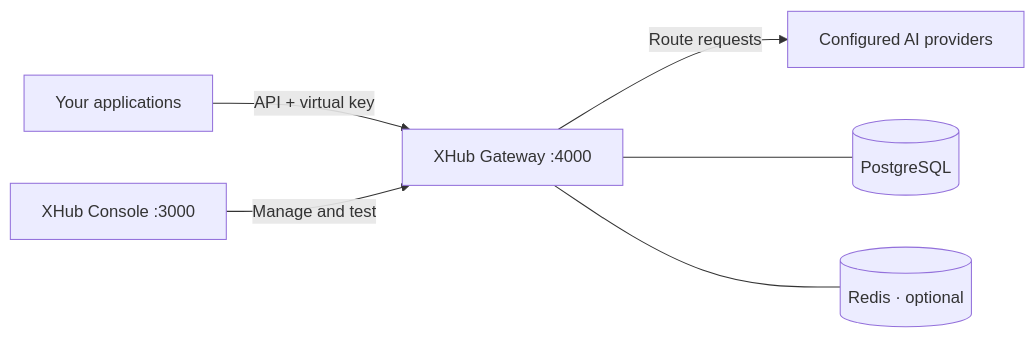
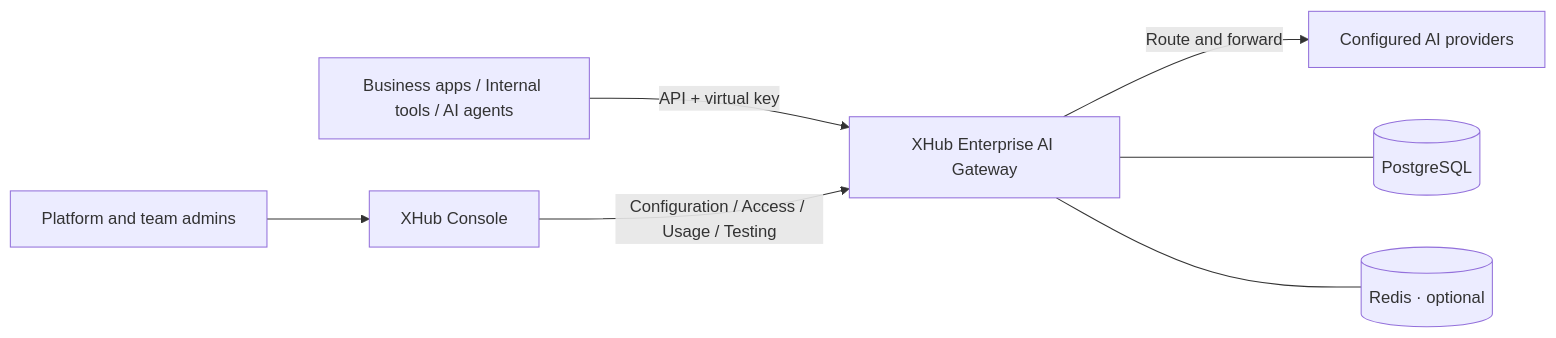
One commit to sunqirui1987/xhub changed the diagram in README.md. Above: the diagram before and after it, drawn with Mermaid. The commit also changed other lines of this file and 94 other files, not shown here.

````diff
--- a/README.md
+++ b/README.md
@@ -53,8 +115,9 @@
 ```mermaid
 flowchart LR
-    App[Your applications] -->|API + virtual key| Gateway[XHub Gateway :4000]
-    Console[XHub Console :3000] -->|Manage and test| Gateway
-    Gateway -->|Route requests| Providers[Configured AI providers]
+    Apps[Business apps / Internal tools / AI agents] -->|API + virtual key| Gateway[XHub Enterprise AI Gateway]
+    Platform[Platform and team admins] --> Console[XHub Console]
+    Console -->|Configuration / Access / Usage / Testing| Gateway
+    Gateway -->|Route and forward| Providers[Configured AI providers]
     Gateway --- DB[(PostgreSQL)]
     Gateway --- Redis[(Redis · optional)]
 ```
````
